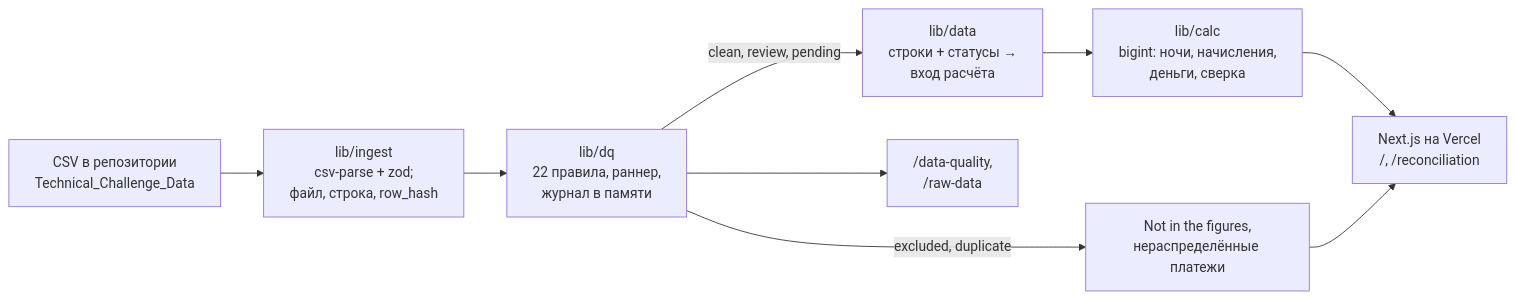
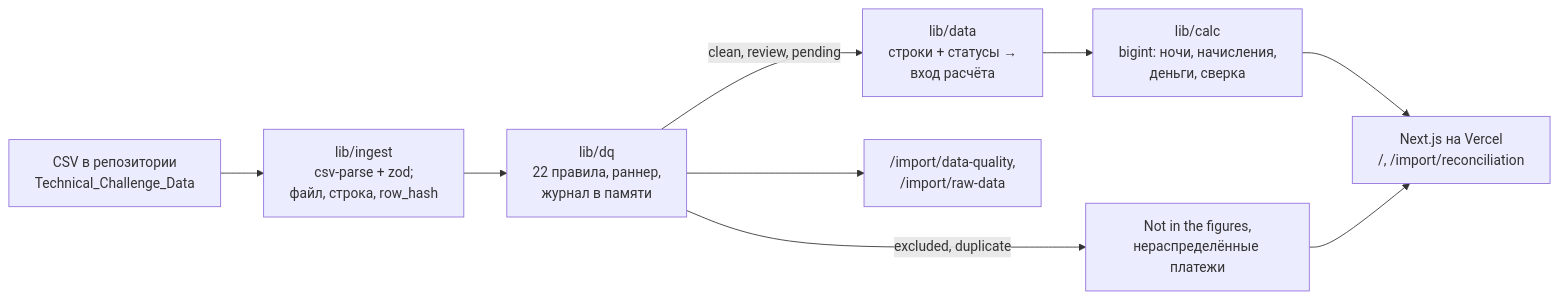
Before and after one commit to ProjectINT/business-system: the first of 2 diagrams in README.md, drawn with Mermaid. The commit also changed other lines of this file and 20 other files, not shown here.

````diff
--- a/README.md
+++ b/README.md
@@ -300,11 +354,11 @@
 ```mermaid
 flowchart LR
   CSV["CSV в репозитории<br/>Technical_Challenge_Data"] --> ING["lib/ingest<br/>csv-parse + zod;<br/>файл, строка, row_hash"]
   ING --> DQ["lib/dq<br/>22 правила, раннер,<br/>журнал в памяти"]
   DQ -->|"clean, review, pending"| DATA["lib/data<br/>строки + статусы →<br/>вход расчёта"]
   DQ -->|"excluded, duplicate"| OUT["Not in the figures,<br/>нераспределённые платежи"]
   DATA --> CALC["lib/calc<br/>bigint: ночи, начисления,<br/>деньги, сверка"]
-  CALC --> UI["Next.js на Vercel<br/>/, /reconciliation"]
+  CALC --> UI["Next.js на Vercel<br/>/, /import/reconciliation"]
   OUT --> UI
-  DQ --> QUAL["/data-quality,<br/>/raw-data"]
+  DQ --> QUAL["/import/data-quality,<br/>/import/raw-data"]
 ```
````
